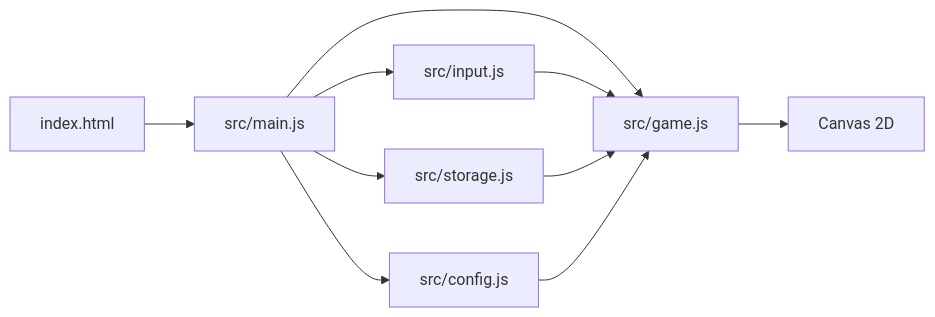
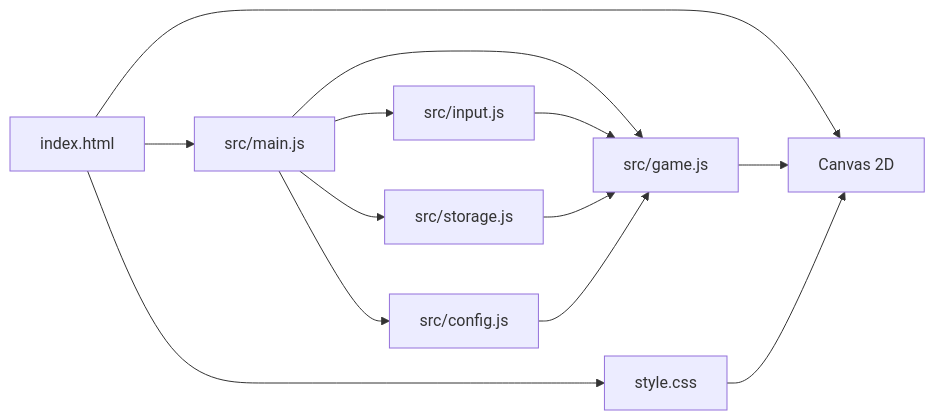
The first of 2 diagrams in specs/design.md (Joa1G/oficina-sdd-ifam), drawn with Mermaid before and after one commit. The commit also changed other lines of this file and 2 other files, not shown here.

````diff
--- a/specs/design.md
+++ b/specs/design.md
@@ -16,12 +16,15 @@
 ```mermaid
 flowchart LR
     A["index.html"] --> B["src/main.js"]
+    A --> H["style.css"]
+    A --> G["Canvas 2D"]
     B --> C["src/game.js"]
     B --> D["src/input.js"]
     B --> E["src/storage.js"]
     B --> F["src/config.js"]
     C --> G["Canvas 2D"]
     D --> C
     E --> C
     F --> C
+    H --> G
 ```
````
